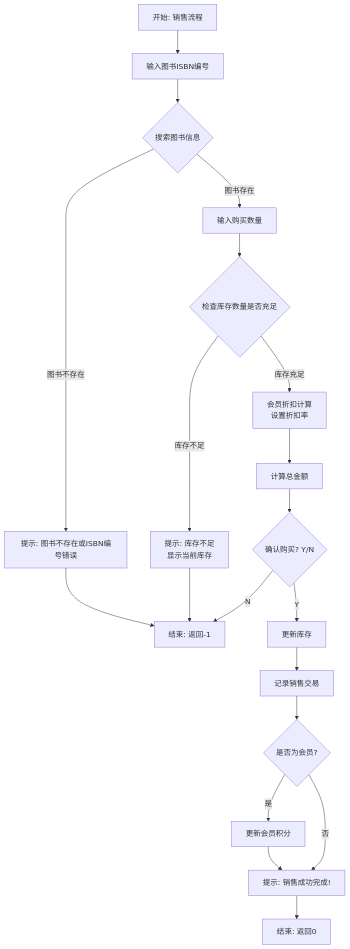
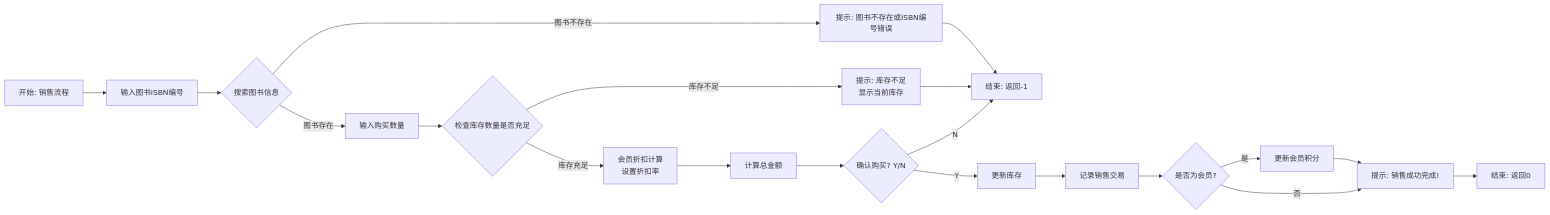
One commit to HelloMe66/iodraw-files changed the diagram in all/未命名-4.md. Above: the diagram before and after it, drawn with Mermaid.

Commit message:
2025-12-05 14:28:17 update

````diff
--- a/all/未命名-4.md
+++ b/all/未命名-4.md
@@ -1,31 +1,31 @@
 ```mermaid
-flowchart TD
+flowchart LR
     A[开始: 销售流程] --> B[输入图书ISBN编号]
     B --> C{搜索图书信息}
     
     C -- 图书不存在 --> D[提示: 图书不存在或ISBN编号错误]
     D --> E[结束: 返回-1]
     
     C -- 图书存在 --> F[输入购买数量]
     F --> G{检查库存数量是否充足}
     
     G -- 库存不足 --> H[提示: 库存不足<br>显示当前库存]
     H --> E
     
     G -- 库存充足 --> I[会员折扣计算<br>设置折扣率]
     I --> J[计算总金额]
     J --> K{确认购买? Y/N}
     
     K -- N --> E
     
     K -- Y --> L[更新库存]
     L --> M[记录销售交易]
     M --> N{是否为会员?}
     
     N -- 是 --> O[更新会员积分]
     O --> P[提示: 销售成功完成!]
     
     N -- 否 --> P
     
     P --> Q[结束: 返回0]
 ```
````
